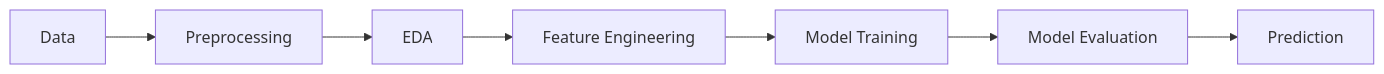
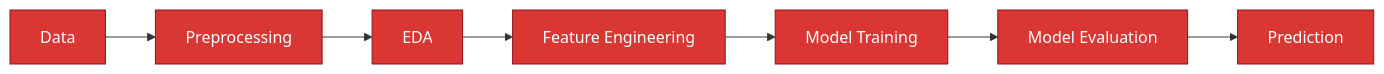
Before and after one commit to Roygautam8852/Roygautam8852: the second of 4 diagrams in README.md, drawn with Mermaid. The commit also changed other lines of this file, not shown here.

````diff
--- a/README.md
+++ b/README.md
@@ -171,4 +244,6 @@
 ```mermaid
 flowchart LR
     A[Data] --> B[Preprocessing] --> C[EDA] --> D[Feature Engineering] --> E[Model Training] --> F[Model Evaluation] --> G[Prediction]
+    classDef n fill:#da3633,color:#fff,stroke:#8e1519
+    class A,B,C,D,E,F,G n
 ```
````
